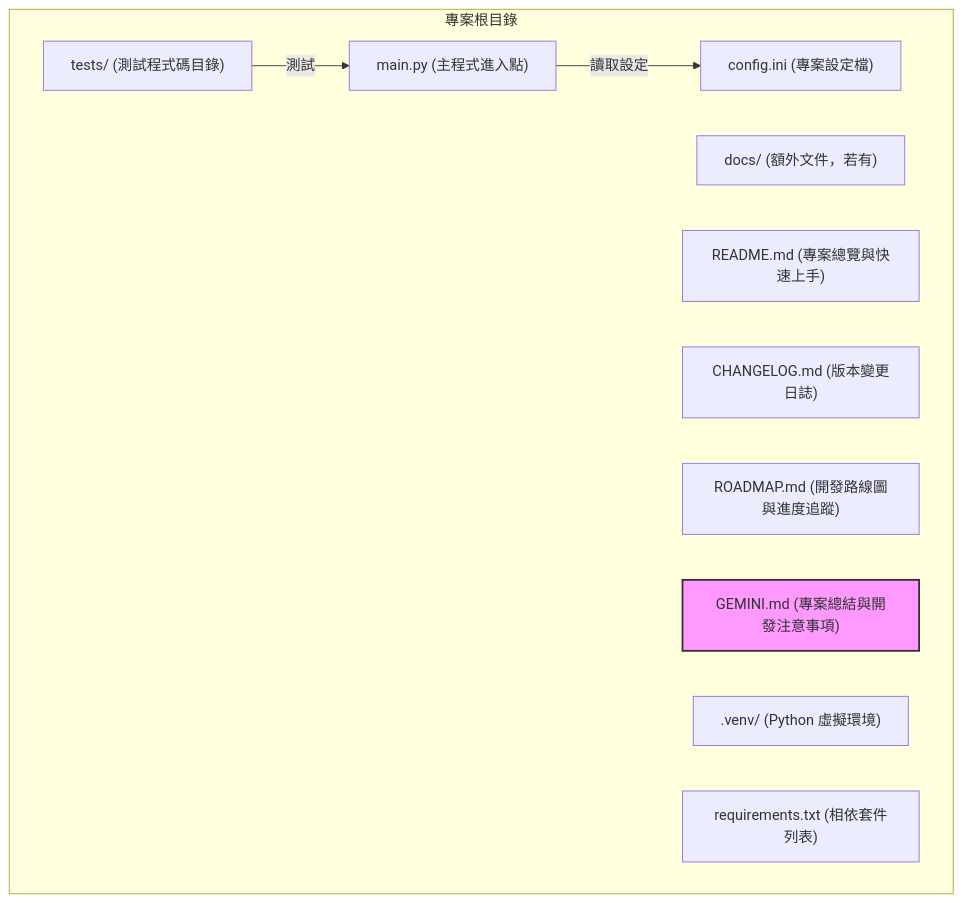
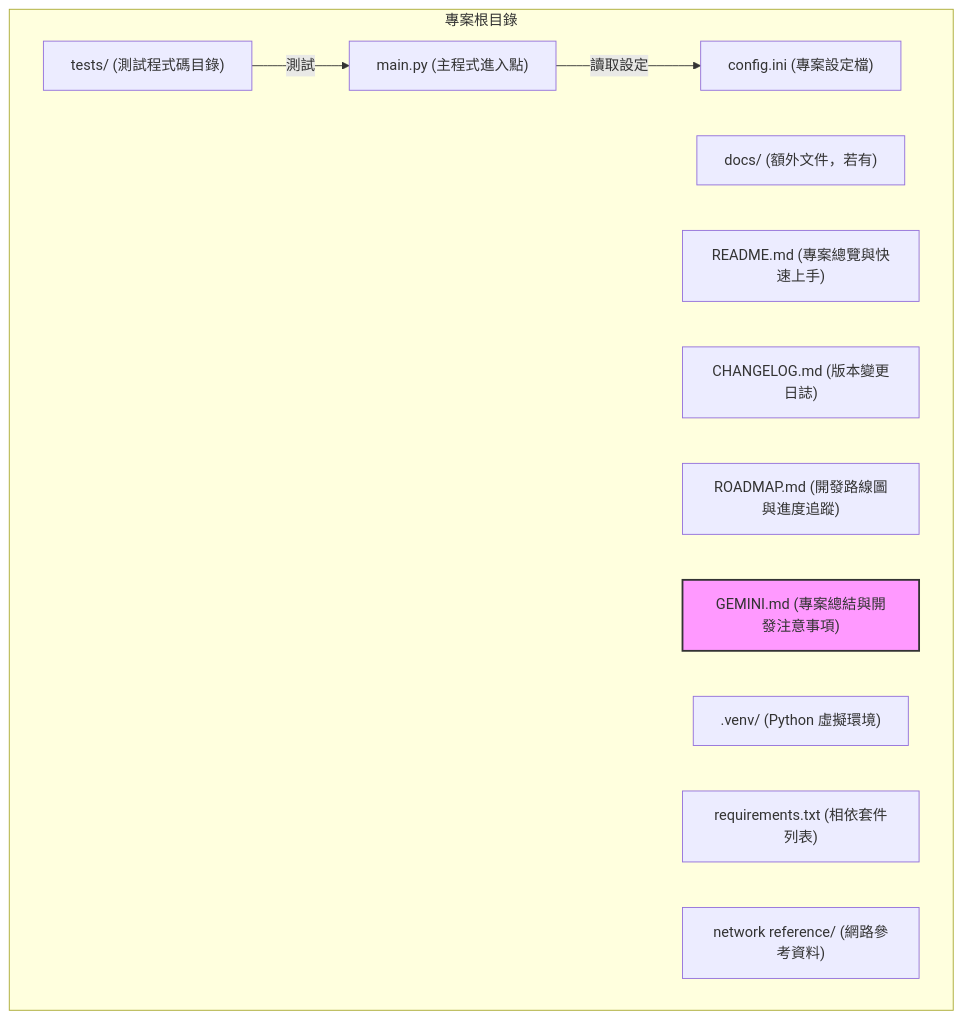
Before and after one commit to ChingHaoHuang/Network_Switcher: the diagram in PROJECT_STANDARDS.md, drawn with Mermaid. The commit also changed 2 other files, not shown here.

Commit message:
docs: 更新文件以反映 Proxy 功能和參考資料夾
此提交更新了專案文件，以確保與最新功能和新增的參考資料夾保持一致。

- 更新 `README.md` 中的專案架構圖，納入 `network reference/` 資料夾。
- 更新 `PROJECT_STANDARDS.md` 中的專案架構規範，納入 `network reference/` 資料夾。
- 更新 `CHANGELOG.md`，新增 `0.3.0` 版本條目，記錄「設定系統 Proxy」功能和 `network reference/` 資料夾的加入。

````diff
--- a/PROJECT_STANDARDS.md
+++ b/PROJECT_STANDARDS.md
@@ -18,18 +18,19 @@
 ```mermaid
 graph TD
     subgraph "專案根目錄"
         A["main.py (主程式進入點)"]
         B["config.ini (專案設定檔)"]
         C["tests/ (測試程式碼目錄)"]
         D["docs/ (額外文件，若有)"]
         E["README.md (專案總覽與快速上手)"]
         F["CHANGELOG.md (版本變更日誌)"]
         G["ROADMAP.md (開發路線圖與進度追蹤)"]
         H["GEMINI.md (專案總結與開發注意事項)"]
         I[".venv/ (Python 虛擬環境)"]
         J["requirements.txt (相依套件列表)"]
+        K["network reference/ (網路參考資料)"]
     end
     A -- "讀取設定" --> B
     C -- "測試" --> A
     style H fill:#f9f,stroke:#333,stroke-width:2px
 ```
````
